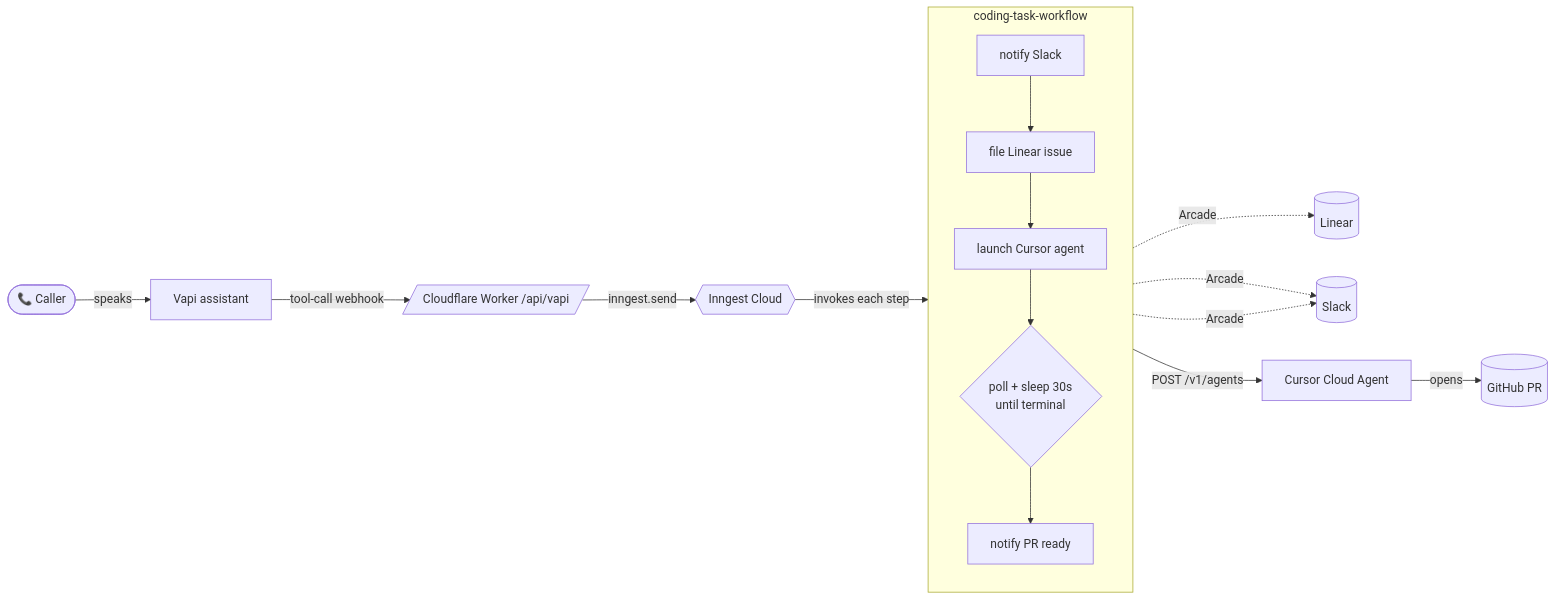
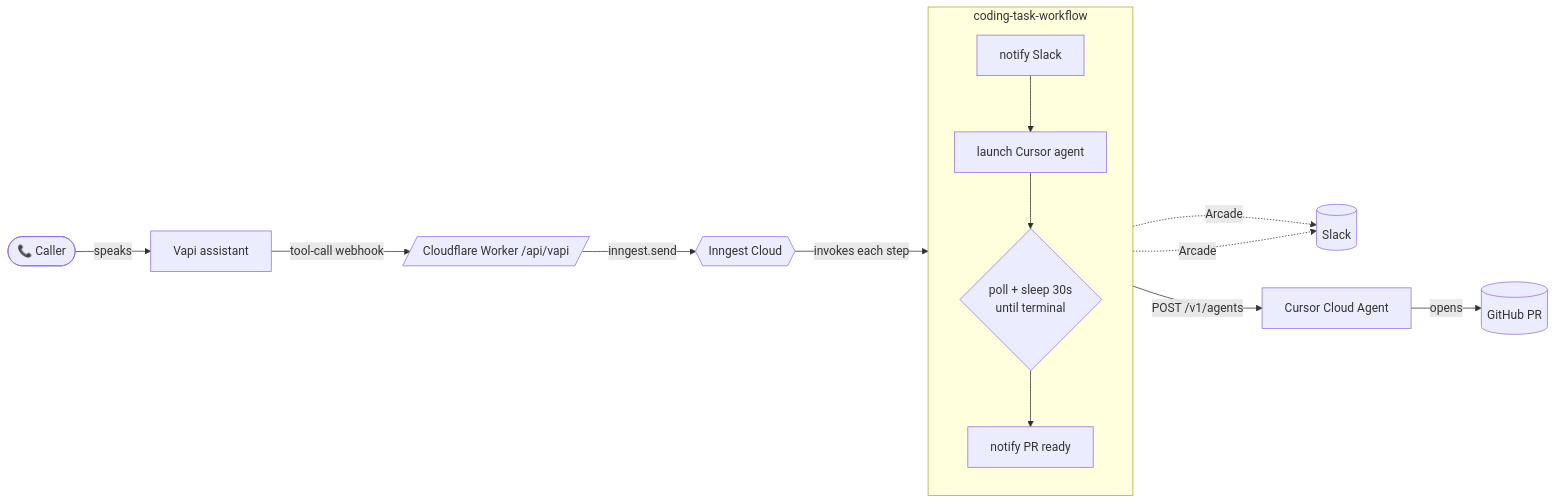
One commit to arcadeai-labs/voice-to-pr-vapi-inngest-cursor-arcade changed the diagram in README.md. Above: the diagram before and after it, drawn with Mermaid. The commit also changed other lines of this file and 8 other files, not shown here.

First line of the commit message:
Drop optional Linear step; Slack-only Arcade integration

````diff
--- a/README.md
+++ b/README.md
@@ -30,21 +30,19 @@
 ```mermaid
 flowchart LR
     A([📞 Caller]) -->|speaks| V[Vapi assistant]
     V -->|tool-call webhook| W[/Cloudflare Worker /api/vapi/]
     W -->|inngest.send| IC{{Inngest Cloud}}
     IC -->|invokes each step| F[/Worker /api/inngest/]
 
     subgraph F [coding-task-workflow]
       direction TB
-      N1[notify Slack] --> L1[file Linear issue]
-      L1 --> C1[launch Cursor agent]
+      N1[notify Slack] --> C1[launch Cursor agent]
       C1 --> P{poll + sleep 30s\nuntil terminal}
       P --> R[notify PR ready]
     end
 
-    L1 -. Arcade .-> LIN[(Linear)]
     N1 -. Arcade .-> SL[(Slack)]
     R  -. Arcade .-> SL
     C1 -->|POST /v1/agents| CUR[Cursor Cloud Agent]
     CUR -->|opens| PR[(GitHub PR)]
 ```
````
